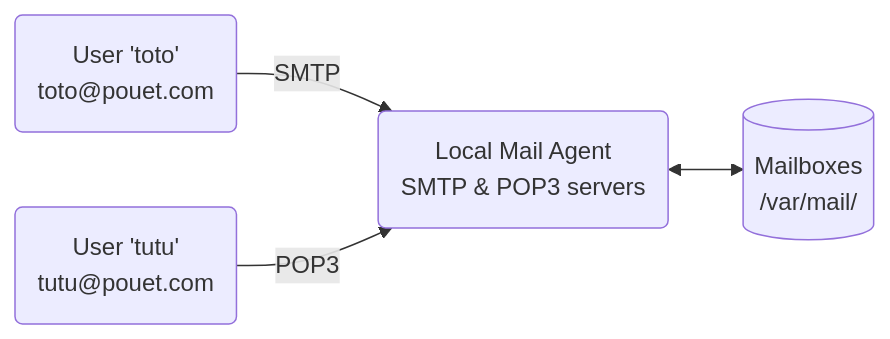
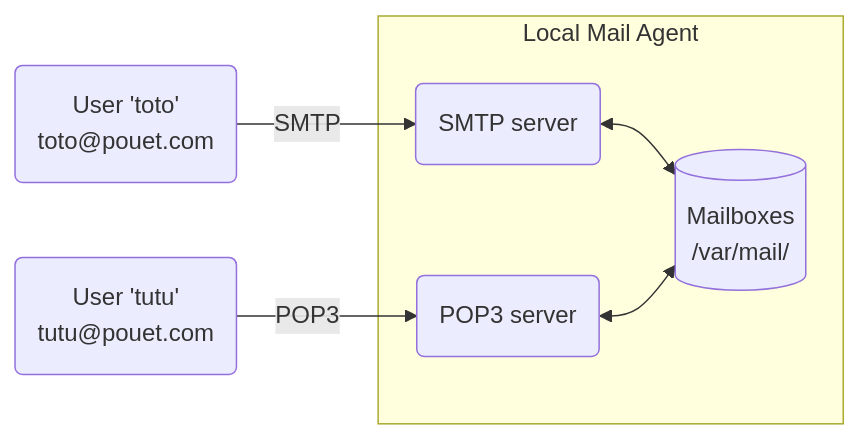
The diagram in README.md (orel33/local-mail-agent), drawn with Mermaid before and after one commit. The commit also changed other lines of this file, not shown here.

Commit message:
maj mermaid

````diff
--- a/README.md
+++ b/README.md
@@ -43,14 +43,23 @@
 ```mermaid
 flowchart LR
+    %% id
     MUA1(User 'toto'
     toto@pouet.com)
     MUA2(User 'tutu'
     tutu@pouet.com)
-    LMA(Local Mail Agent
-    SMTP & POP3 servers)
-    MUA1 -- SMTP --> LMA
-    MUA2 -- POP3 --> LMA
-    LMA <--> disk[(Mailboxes
+    MX[(Mailboxes
     /var/mail/)]
-
+    SSMTP(SMTP server)
+    SPOP3(POP3 server)
+    %% subgraphs
+    subgraph "Local Mail Agent"
+        SSMTP
+        SPOP3
+        MX
+    end
+    %% links
+    MUA1 -- SMTP --> SSMTP
+    MUA2 -- POP3 --> SPOP3
+    SSMTP <--> MX
+    SPOP3 <--> MX
 ```
````
